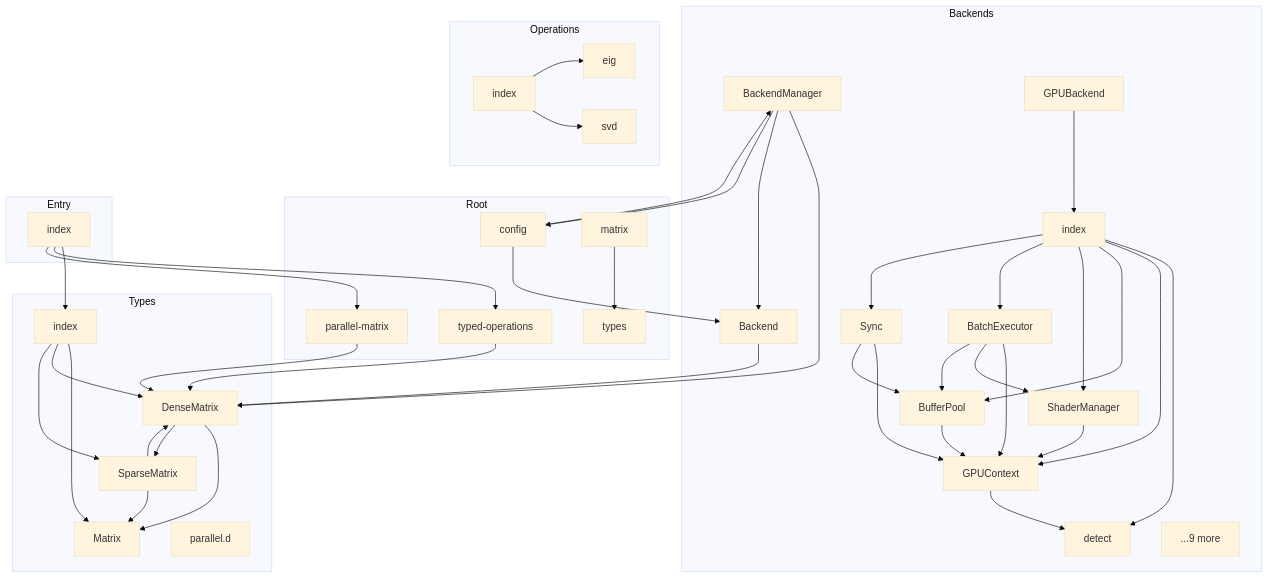
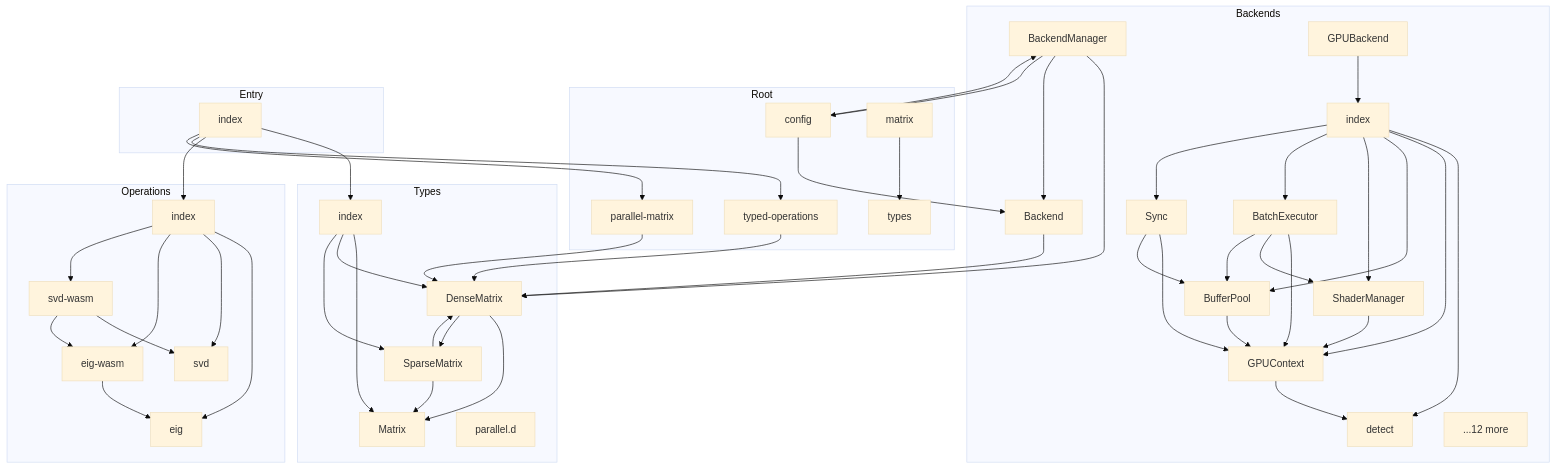
Before and after one commit to danielsimonjr/MathTS: the diagram in docs/Architecture/dependency-graphs/matrix/DEPENDENCY_GRAPH.md, drawn with Mermaid (base theme). The commit also changed other lines of this file and 76 other files, not shown here.

First line of the commit message:
docs: regenerate all dependency graphs + update all docs for 2304 tests / 302 functions

````diff
--- a/docs/Architecture/dependency-graphs/matrix/DEPENDENCY_GRAPH.md
+++ b/docs/Architecture/dependency-graphs/matrix/DEPENDENCY_GRAPH.md
@@ -599,7 +678,7 @@
         N7[ShaderManager]
         N8[Sync]
         N9[GPUBackend]
-        N10[...9 more]
+        N10[...12 more]
     end
 
     subgraph Root
@@ -615,21 +694,23 @@
     end
 
     subgraph Operations
-        N17[eig]
-        N18[index]
-        N19[svd]
+        N17[eig-wasm]
+        N18[eig]
+        N19[index]
+        N20[svd-wasm]
+        N21[svd]
     end
 
     subgraph Types
-        N20[DenseMatrix]
-        N21[index]
-        N22[Matrix]
-        N23[parallel.d]
-        N24[SparseMatrix]
+        N22[DenseMatrix]
+        N23[index]
+        N24[Matrix]
+        N25[parallel.d]
+        N26[SparseMatrix]
     end
 
-    N0 --> N20
-    N1 --> N20
+    N0 --> N22
+    N1 --> N22
     N1 --> N0
     N1 --> N11
     N2 --> N5
@@ -649,19 +730,25 @@
     N9 --> N6
     N11 --> N0
     N11 --> N1
-    N16 --> N21
+    N16 --> N23
+    N16 --> N19
     N16 --> N14
     N16 --> N13
     N12 --> N15
-    N18 --> N17
-    N18 --> N19
-    N13 --> N20
-    N14 --> N20
-    N20 --> N22
-    N20 --> N24
-    N21 --> N22
-    N21 --> N20
-    N21 --> N24
-    N24 --> N22
-    N24 --> N20
+    N17 --> N18
+    N19 --> N18
+    N19 --> N21
+    N19 --> N17
+    N19 --> N20
+    N20 --> N21
+    N20 --> N17
+    N13 --> N22
+    N14 --> N22
+    N22 --> N24
+    N22 --> N26
+    N23 --> N24
+    N23 --> N22
+    N23 --> N26
+    N26 --> N24
+    N26 --> N22
 ```
````
